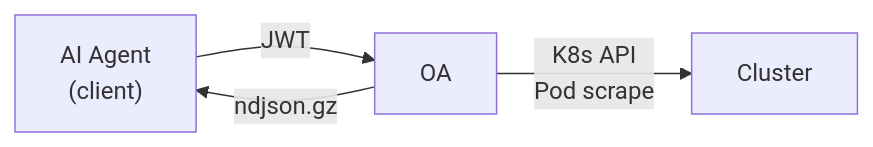
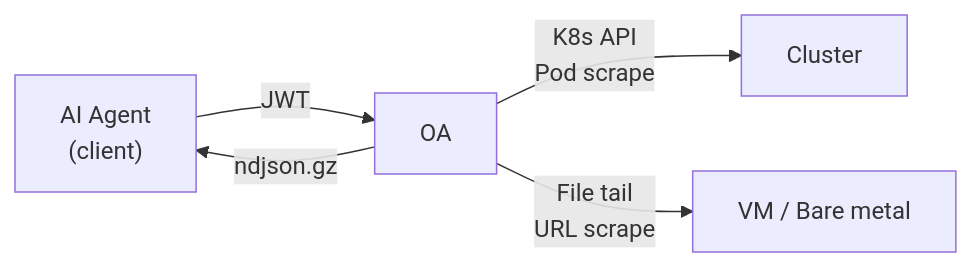
Before and after one commit to 1XP-Inc/observability-agent: the diagram in README.md, drawn with Mermaid. The commit also changed other lines of this file, not shown here.

````diff
--- a/README.md
+++ b/README.md
@@ -7,6 +7,7 @@
 ```mermaid
 flowchart LR
     A["AI Agent\n(client)"] -- "JWT" --> B["OA"]
     B -- "ndjson.gz" --> A
     B -- "K8s API\nPod scrape" --> C["Cluster"]
+    B -- "File tail\nURL scrape" --> D["VM / Bare metal"]
 ```
````
